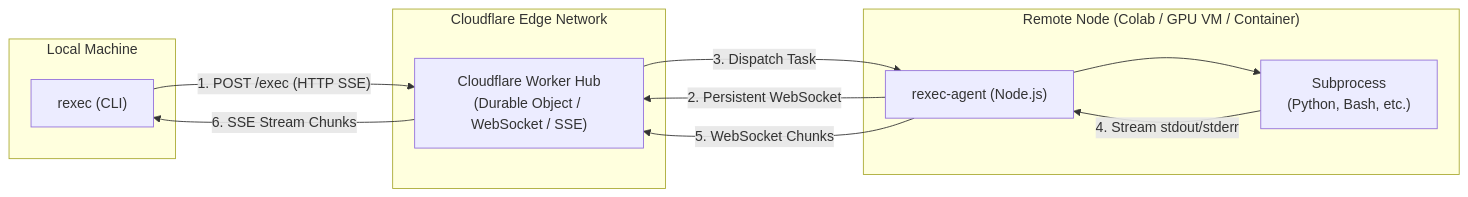
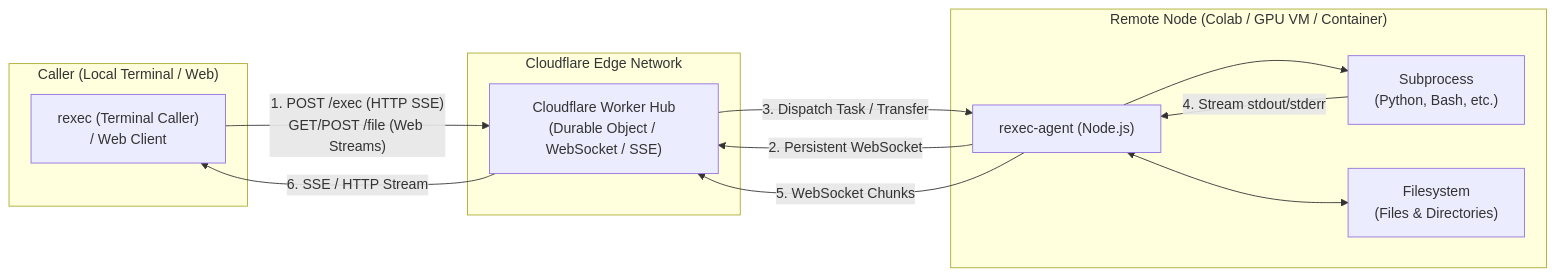
Before and after one commit to CyberVy/rexec: the diagram in README.md, drawn with Mermaid. The commit also changed other lines of this file and 23 other files, not shown here.

````diff
--- a/README.md
+++ b/README.md
@@ -22,23 +24,25 @@
 ```mermaid
 flowchart LR
-    subgraph Local["Local Machine"]
-        CLI["rexec (CLI)"]
+    subgraph Client["Caller (Local Terminal / Web)"]
+        Caller["rexec (Terminal Caller)\n/ Web Client"]
     end
 
     subgraph Edge["Cloudflare Edge Network"]
         Hub["Cloudflare Worker Hub\n(Durable Object / WebSocket / SSE)"]
     end
 
     subgraph Remote["Remote Node (Colab / GPU VM / Container)"]
         Agent["rexec-agent (Node.js)"]
         Task["Subprocess\n(Python, Bash, etc.)"]
+        FS["Filesystem\n(Files & Directories)"]
     end
 
-    CLI -- "1. POST /exec (HTTP SSE)" --> Hub
+    Caller -- "1. POST /exec (HTTP SSE)\nGET/POST /file (Web Streams)" --> Hub
     Agent -- "2. Persistent WebSocket" --> Hub
-    Hub -- "3. Dispatch Task" --> Agent
+    Hub -- "3. Dispatch Task / Transfer" --> Agent
     Agent --> Task
+    Agent <--> FS
     Task -- "4. Stream stdout/stderr" --> Agent
     Agent -- "5. WebSocket Chunks" --> Hub
-    Hub -- "6. SSE Stream Chunks" --> CLI
+    Hub -- "6. SSE / HTTP Stream" --> Caller
 ```
````
